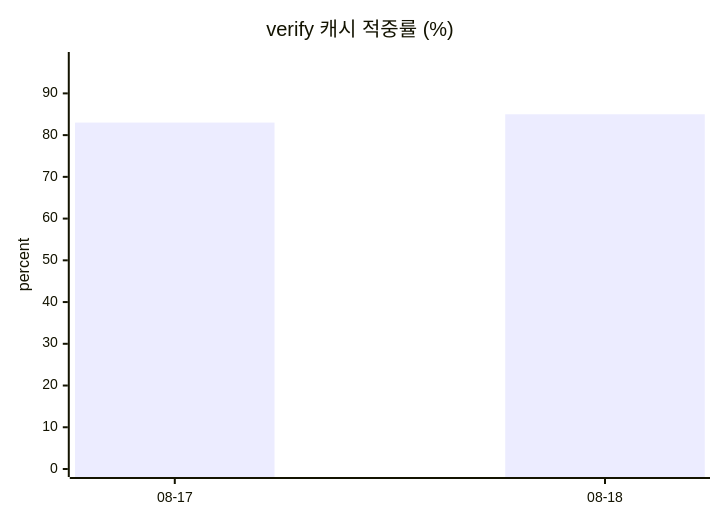
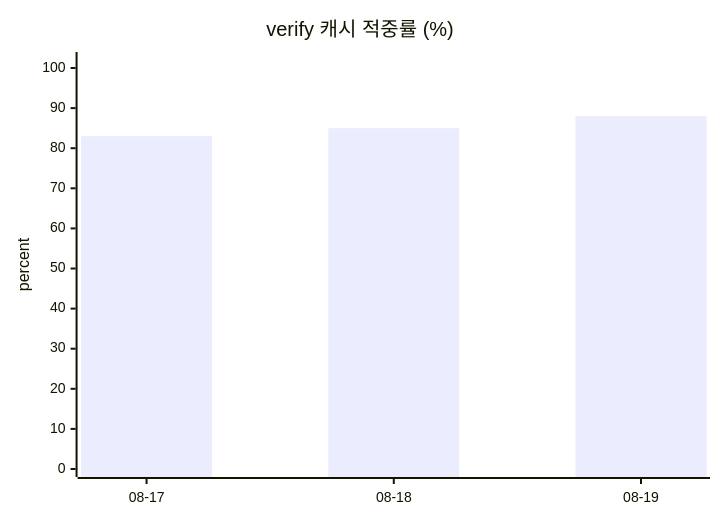
One commit to userri/PinQ-backend changed the second of 2 diagrams in docs/data/token-usage.md. Above: the diagram before and after it, drawn with Mermaid. The commit also changed other lines of this file and 3 other files, not shown here.

````diff
--- a/docs/data/token-usage.md
+++ b/docs/data/token-usage.md
@@ -52,7 +55,7 @@
 ```mermaid
 xychart-beta
     title "verify 캐시 적중률 (%)"
-    x-axis ["08-17", "08-18"]
-    y-axis "percent" 0 --> 98
-    bar [83, 85]
+    x-axis ["08-17", "08-18", "08-19"]
+    y-axis "percent" 0 --> 102
+    bar [83, 85, 88]
 ```
````
